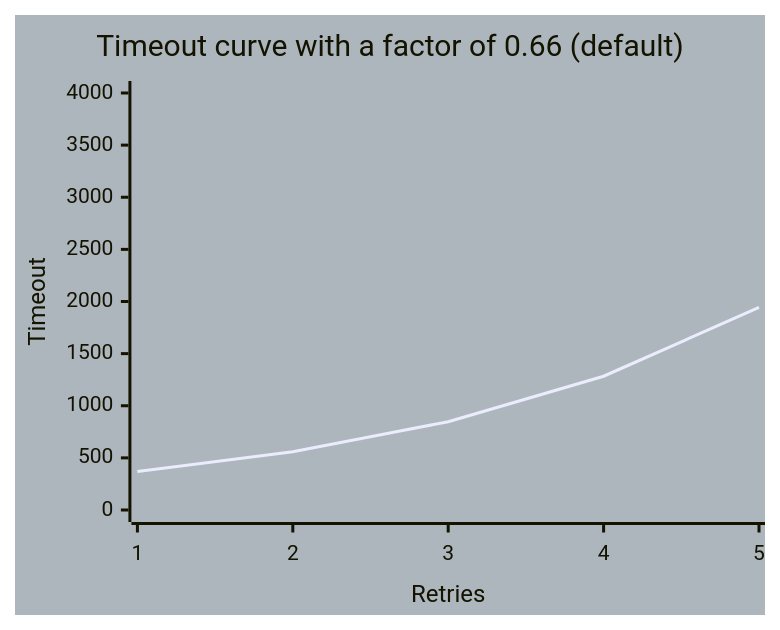
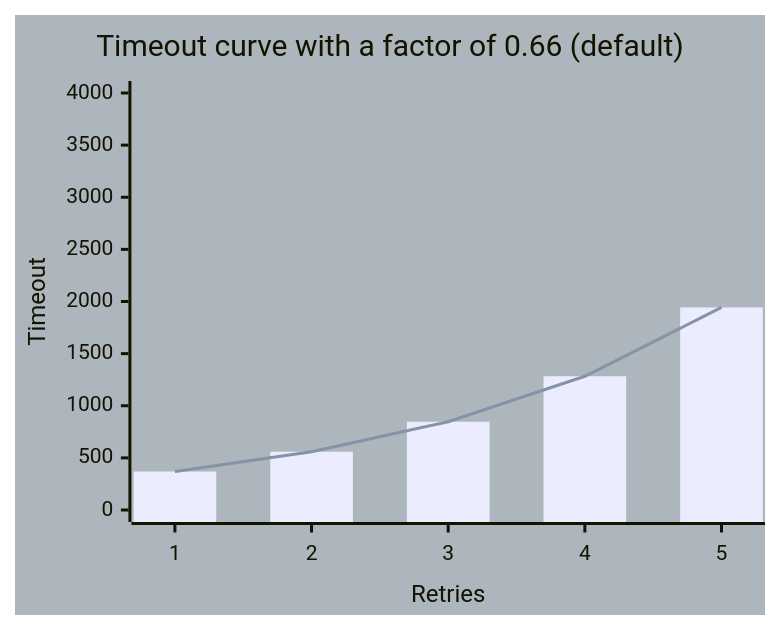
Before and after one commit to vngthb/tryaga: the first of 3 diagrams in README.md, drawn with Mermaid. The commit also changed other lines of this file and 2 other files, not shown here.

````diff
--- a/README.md
+++ b/README.md
@@ -33,18 +70,19 @@
 ```mermaid
 ---
 config:
     xyChart:
         width: 500
         height: 400
     themeVariables:
         xyChart:
             backgroundColor: "#adb5bd"
 ---
 xychart-beta
 
     title "Timeout curve with a factor of 0.66 (default)"
 
     x-axis "Retries" [1, 2, 3, 4, 5]
     y-axis "Timeout" 0 --> 4000
+    bar [369, 559, 847, 1283, 1943]
     line [369, 559, 847, 1283, 1943]
 ```
````
